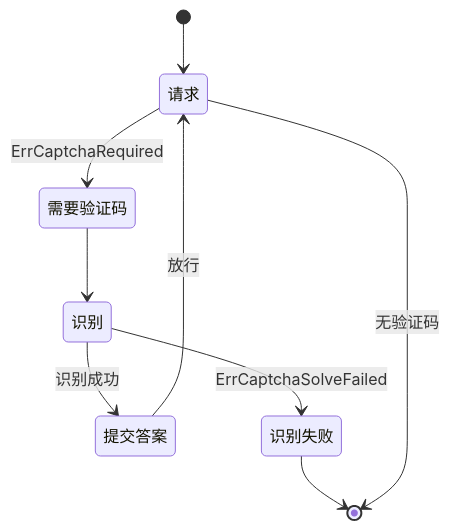
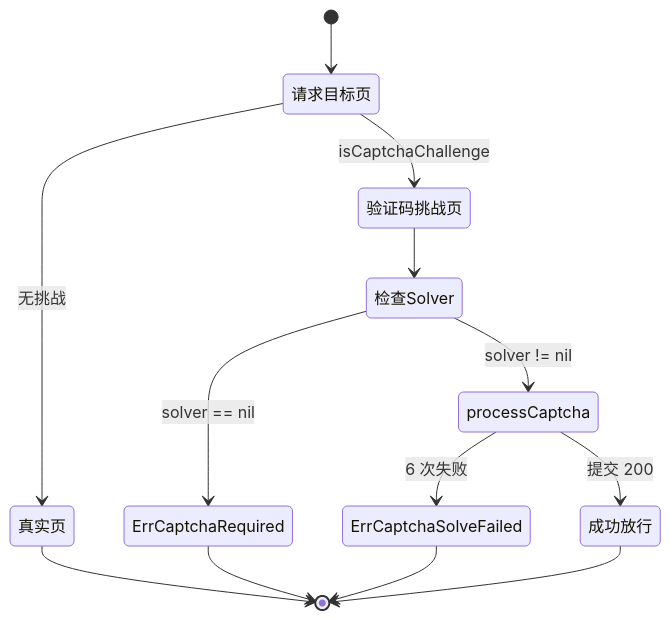
One commit to scagogogo/cnvd-skills changed the diagram in website/docs/api-gojsl/errors.md. Above: the diagram before and after it, drawn with Mermaid. The commit also changed other lines of this file and 66 other files, not shown here.

````diff
--- a/website/docs/api-gojsl/errors.md
+++ b/website/docs/api-gojsl/errors.md
@@ -13,11 +25,15 @@
 ```mermaid
 stateDiagram-v2
-    [*] --> 请求
-    请求 --> 需要验证码: ErrCaptchaRequired
-    需要验证码 --> 识别
-    识别 --> 提交答案: 识别成功
-    识别 --> 识别失败: ErrCaptchaSolveFailed
-    提交答案 --> 请求: 放行
-    识别失败 --> [*]
-    请求 --> [*]: 无验证码
+    [*] --> 请求目标页
+    请求目标页 --> 验证码挑战页: isCaptchaChallenge
+    请求目标页 --> 真实页: 无挑战
+    真实页 --> [*]
+    验证码挑战页 --> 检查Solver
+    检查Solver --> ErrCaptchaRequired: solver == nil
+    检查Solver --> processCaptcha: solver != nil
+    processCaptcha --> 成功放行: 提交 200
+    processCaptcha --> ErrCaptchaSolveFailed: 6 次失败
+    ErrCaptchaRequired --> [*]
+    ErrCaptchaSolveFailed --> [*]
+    成功放行 --> [*]
 ```
````
